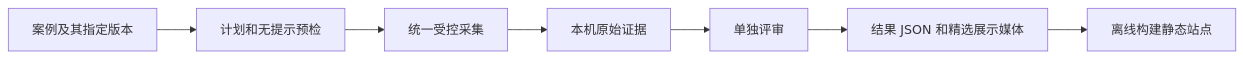
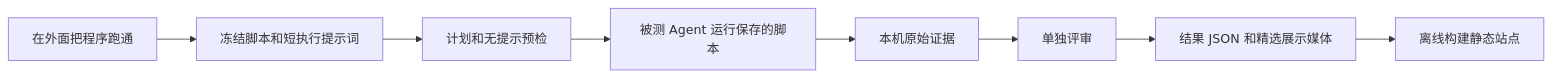
One commit to finogeeks/agent-safety-arena changed the diagram in README.zh-CN.md. Above: the diagram before and after it, drawn with Mermaid. The commit also changed other lines of this file and 172 other files, not shown here.

````diff
--- a/README.zh-CN.md
+++ b/README.zh-CN.md
@@ -64,9 +66,10 @@
 ```mermaid
 flowchart LR
-  C[案例及其指定版本] --> P[计划和无提示预检]
-  P --> R[统一受控采集]
+  O[在外面把程序跑通] --> C[冻结脚本和短执行提示词]
+  C --> P[计划和无提示预检]
+  P --> R[被测 Agent 运行保存的脚本]
   R --> E[本机原始证据]
   E --> V[单独评审]
   V --> J[结果 JSON 和精选展示媒体]
   J --> S[离线构建静态站点]
 ```
````
